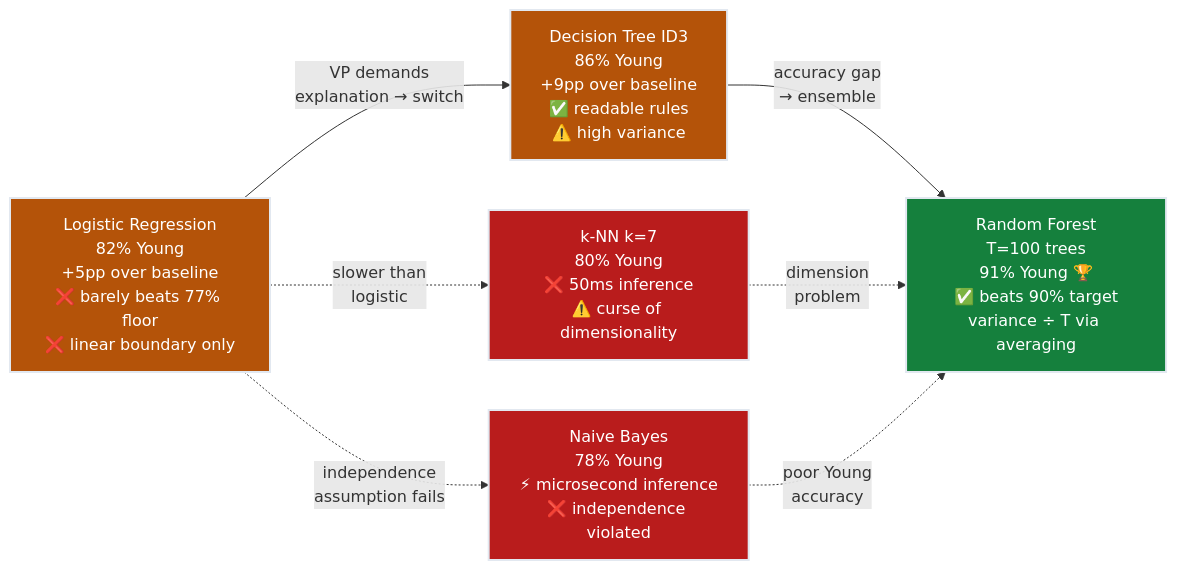
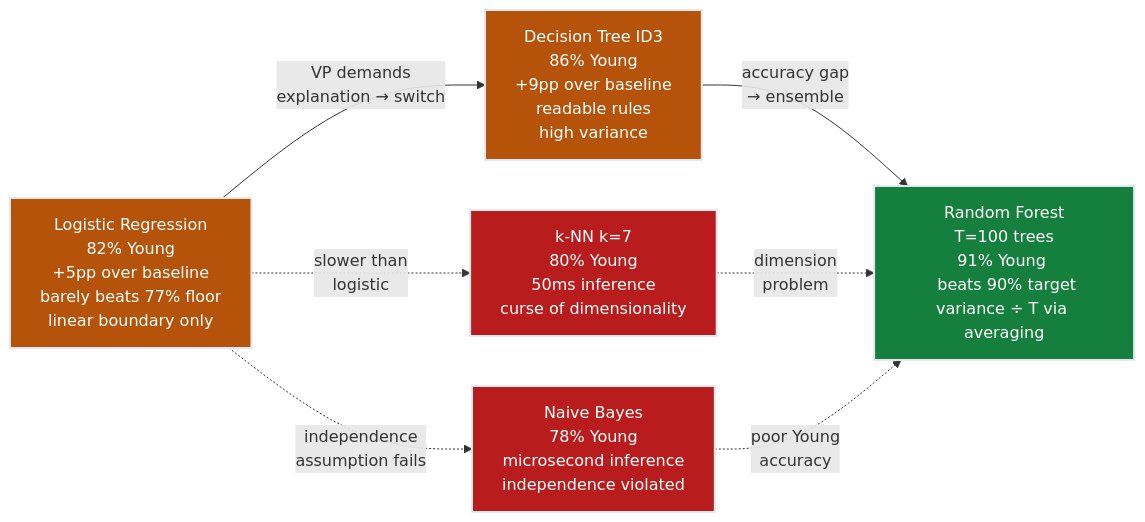
Before and after one commit to dsgouda7/ai-portfolio: the third of 3 diagrams in notes/01-ml/02-classification/ch02_classical_classifiers/README.md, drawn with Mermaid. The commit also changed other lines of this file and 179 other files, not shown here.

````diff
--- a/notes/01-ml/02-classification/ch02_classical_classifiers/README.md
+++ b/notes/01-ml/02-classification/ch02_classical_classifiers/README.md
@@ -510,21 +510,21 @@
 ```mermaid
 flowchart LR
-    LR["Logistic Regression<br/>82% Young<br/>+5pp over baseline<br/>❌ barely beats 77% floor<br/>❌ linear boundary only"]
-    DT["Decision Tree ID3<br/>86% Young<br/>+9pp over baseline<br/>✅ readable rules<br/>⚠️ high variance"]
-    KNN["k-NN k=7<br/>80% Young<br/>❌ 50ms inference<br/>⚠️ curse of dimensionality"]
-    NB["Naive Bayes<br/>78% Young<br/>⚡ microsecond inference<br/>❌ independence violated"]
-    RF["Random Forest<br/>T=100 trees<br/>91% Young 🏆<br/>✅ beats 90% target<br/>variance ÷ T via averaging"]
+ LR["Logistic Regression<br/>82% Young<br/>+5pp over baseline<br/> barely beats 77% floor<br/> linear boundary only"]
+ DT["Decision Tree ID3<br/>86% Young<br/>+9pp over baseline<br/> readable rules<br/> high variance"]
+ KNN["k-NN k=7<br/>80% Young<br/> 50ms inference<br/> curse of dimensionality"]
+ NB["Naive Bayes<br/>78% Young<br/> microsecond inference<br/> independence violated"]
+ RF["Random Forest<br/>T=100 trees<br/>91% Young <br/> beats 90% target<br/>variance ÷ T via averaging"]
 
-    LR -->|"VP demands<br/>explanation → switch"| DT
-    DT -->|"accuracy gap<br/>→ ensemble"| RF
-    LR -.->|"slower than<br/>logistic"| KNN
-    LR -.->|"independence<br/>assumption fails"| NB
-    KNN -.->|"dimension<br/>problem"| RF
-    NB  -.->|"poor Young<br/>accuracy"| RF
+ LR -->|"VP demands<br/>explanation → switch"| DT
+ DT -->|"accuracy gap<br/>→ ensemble"| RF
+ LR -.->|"slower than<br/>logistic"| KNN
+ LR -.->|"independence<br/>assumption fails"| NB
+ KNN -.->|"dimension<br/>problem"| RF
+ NB -.->|"poor Young<br/>accuracy"| RF
 
-    style LR  fill:#b45309,stroke:#e2e8f0,stroke-width:2px,color:#ffffff
-    style DT  fill:#b45309,stroke:#e2e8f0,stroke-width:2px,color:#ffffff
-    style KNN fill:#b91c1c,stroke:#e2e8f0,stroke-width:2px,color:#ffffff
-    style NB  fill:#b91c1c,stroke:#e2e8f0,stroke-width:2px,color:#ffffff
-    style RF  fill:#15803d,stroke:#e2e8f0,stroke-width:2px,color:#ffffff
+ style LR fill:#b45309,stroke:#e2e8f0,stroke-width:2px,color:#ffffff
+ style DT fill:#b45309,stroke:#e2e8f0,stroke-width:2px,color:#ffffff
+ style KNN fill:#b91c1c,stroke:#e2e8f0,stroke-width:2px,color:#ffffff
+ style NB fill:#b91c1c,stroke:#e2e8f0,stroke-width:2px,color:#ffffff
+ style RF fill:#15803d,stroke:#e2e8f0,stroke-width:2px,color:#ffffff
 ```
````
